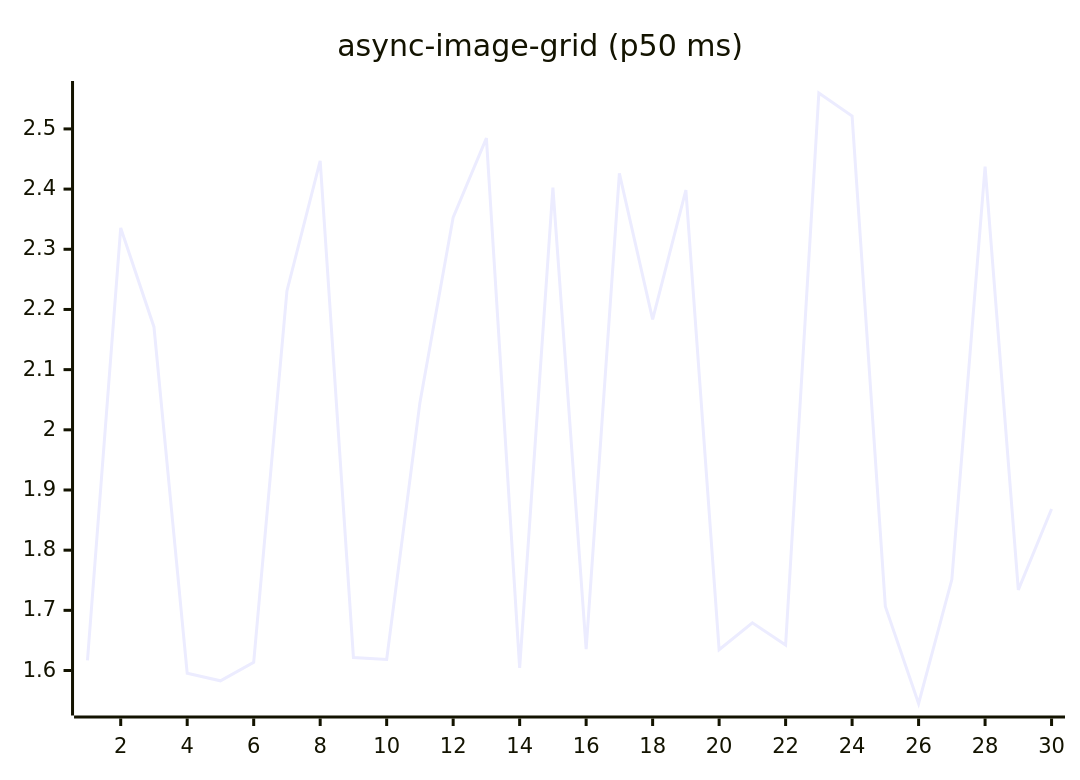
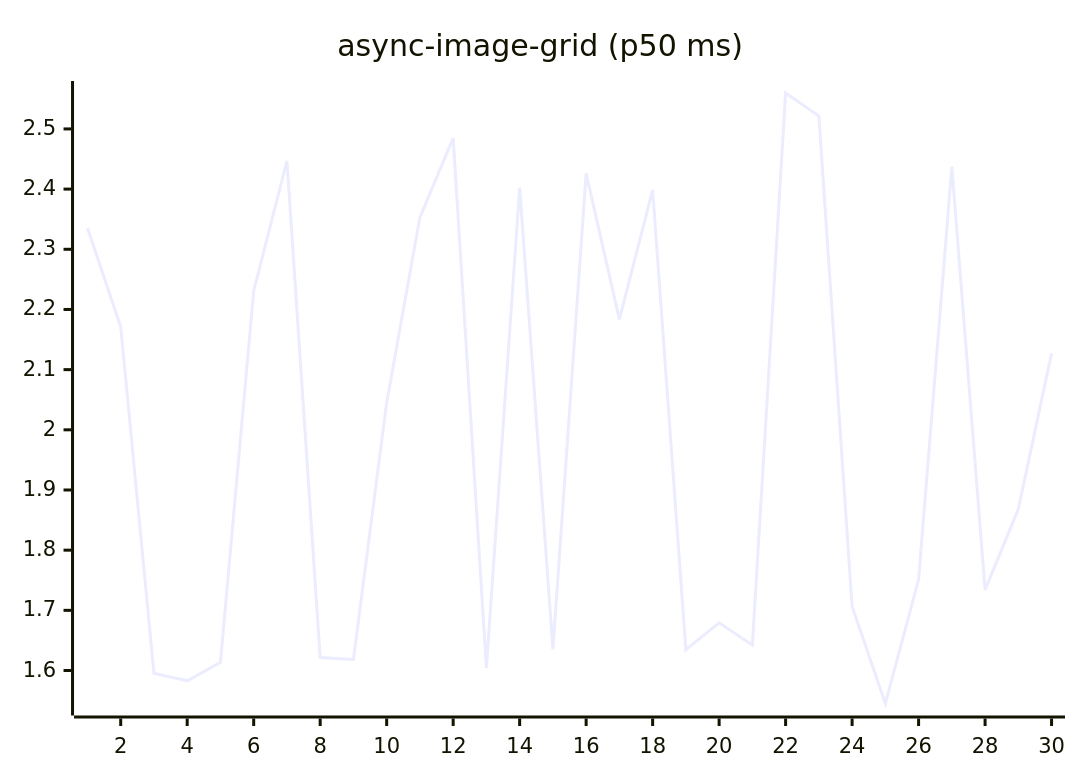
Before and after one commit to josha/Facet: the fifth of 27 diagrams in README.md, drawn with Mermaid. The commit also changed other lines of this file and 2 other files, not shown here.

````diff
--- a/README.md
+++ b/README.md
@@ -91,6 +91,6 @@
 ```mermaid
 xychart-beta
     title "async-image-grid (p50 ms)"
     x-axis 1 --> 30
-    line [1.6169, 2.3355, 2.1710, 1.5954, 1.5829, 1.6137, 2.2308, 2.4470, 1.6216, 1.6184, 2.0452, 2.3531, 2.4847, 1.6045, 2.4025, 1.6357, 2.4260, 2.1835, 2.3985, 1.6346, 1.6792, 1.6424, 2.5597, 2.5214, 1.7066, 1.5452, 1.7512, 2.4372, 1.7341, 1.8684]
+    line [2.3355, 2.1710, 1.5954, 1.5829, 1.6137, 2.2308, 2.4470, 1.6216, 1.6184, 2.0452, 2.3531, 2.4847, 1.6045, 2.4025, 1.6357, 2.4260, 2.1835, 2.3985, 1.6346, 1.6792, 1.6424, 2.5597, 2.5214, 1.7066, 1.5452, 1.7512, 2.4372, 1.7341, 1.8684, 2.1272]
 ```
````
